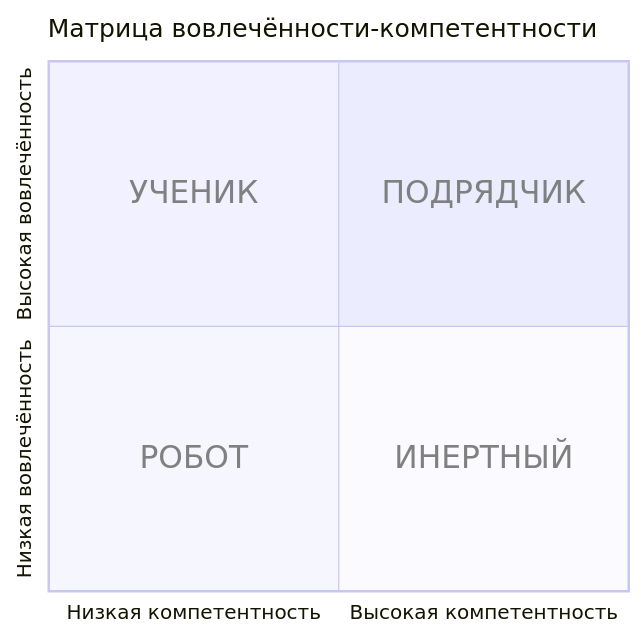
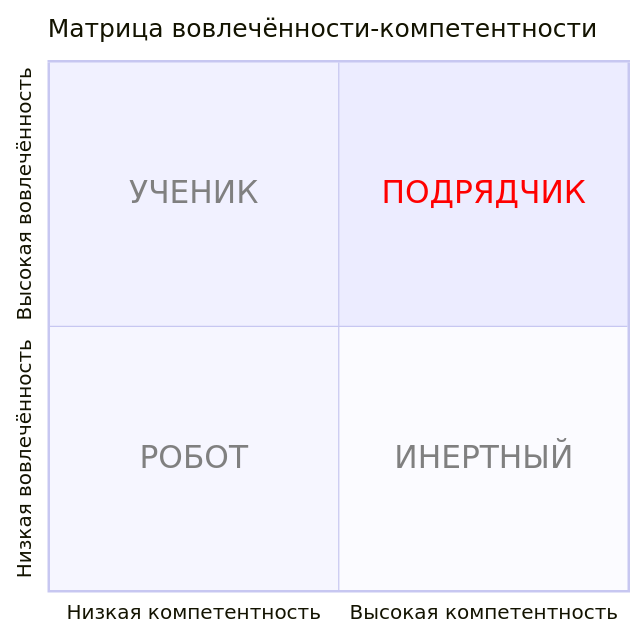
Before and after one commit to oinsio/teamlead-handbook: the diagram in docs/Построение-отношений/Как-подобрать-правильный-стиль-управления.md, drawn with Mermaid.

Commit message:
try to fix color for dark mode

````diff
--- a/docs/Построение-отношений/Как-подобрать-правильный-стиль-управления.md
+++ b/docs/Построение-отношений/Как-подобрать-правильный-стиль-управления.md
@@ -6,11 +6,11 @@
 ```mermaid
-%%{init: {"quadrantChart": {"quadrantLabelFontSize": 25, "xAxisPosition": 'bottom'}, "themeVariables": {"quadrant1TextFill": "#808080", "quadrant2TextFill": "#808080", "quadrant3TextFill": "#808080", "quadrant4TextFill": "#808080"} }}%%
+%%{init: {"quadrantChart": {"quadrantLabelFontSize": 25, "xAxisPosition": 'bottom'}, "themeVariables": {"quadrant1TextFill": "#ff0000", "quadrant2TextFill": "#808080", "quadrant3TextFill": "#808080", "quadrant4TextFill": "#808080"} }}%%
 quadrantChart
   title Матрица вовлечённости-компетентности
   x-axis "Низкая компетентность" --> "Высокая компетентность"
   y-axis "Низкая вовлечённость" --> "Высокая вовлечённость"
   quadrant-1 "ПОДРЯДЧИК"
   quadrant-2 "УЧЕНИК"
   quadrant-3 "РОБОТ"
   quadrant-4 "ИНЕРТНЫЙ"
 ```
````
